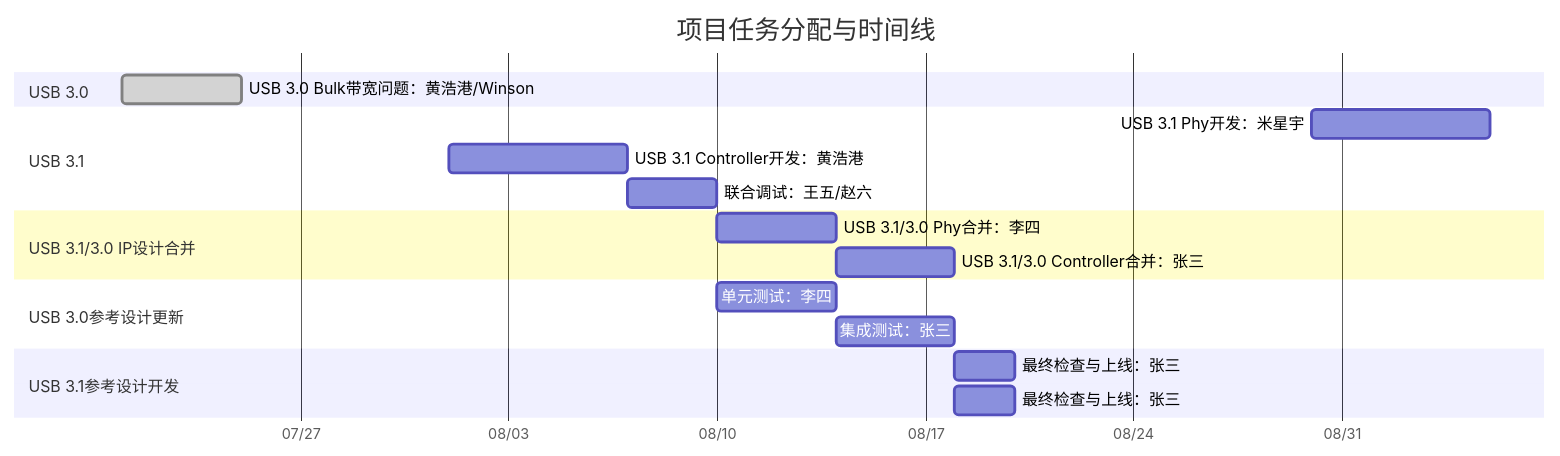
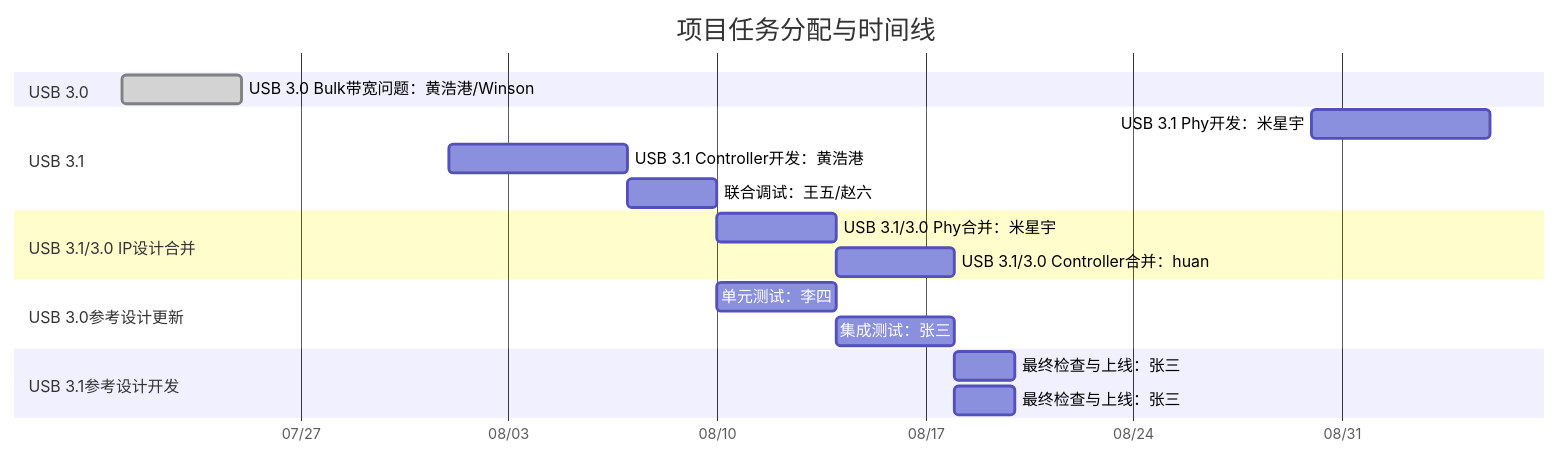
One commit to winsonbook/iodraw-files changed the diagram in all/未命名.md. Above: the diagram before and after it, drawn with Mermaid.

Commit message:
2025-07-21 09:51:25 update

````diff
--- a/all/未命名.md
+++ b/all/未命名.md
@@ -1,29 +1,29 @@
 ```mermaid
 gantt
     title 项目任务分配与时间线
     dateFormat  YYYY-MM-DD
     axisFormat  %m/%d
 
     section USB 3.0
     USB 3.0 Bulk带宽问题：黄浩港/Winson   :done,    task1, 2025-07-21, 4d
 
     section USB 3.1
     USB 3.1 Phy开发：米星宇      :         task3, 2025-08-30, 6d
     USB 3.1 Controller开发：黄浩港      :  task4, 2025-08-01, 6d
     联合调试：王五/赵六  :         task5, 2025-08-07, 3d
 
     section USB 3.1/3.0 IP设计合并
-    USB 3.1/3.0 Phy合并：李四       :         task6, 2025-08-10, 4d
-    USB 3.1/3.0 Controller合并：张三       :         task7, 2025-08-14, 4d
+    USB 3.1/3.0 Phy合并：米星宇       :         task6, 2025-08-10, 4d
+    USB 3.1/3.0 Controller合并：huan       :         task7, 2025-08-14, 4d
 
     section USB 3.0参考设计更新
     单元测试：李四       :         task6, 2025-08-10, 4d
     集成测试：张三       :         task7, 2025-08-14, 4d
 
     section USB 3.1参考设计开发
     最终检查与上线：张三 :         task8, 2025-08-18, 2d
 
     section USB 3.1参考设计开发
     最终检查与上线：张三 :         task8, 2025-08-18, 2d
 
 ```
````
